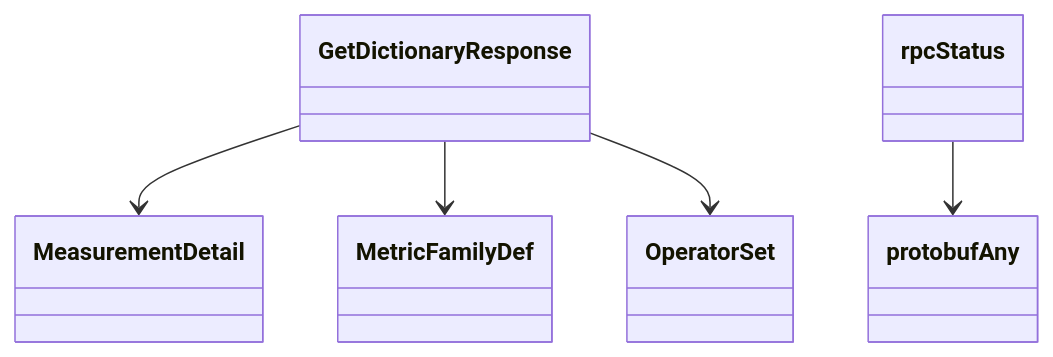
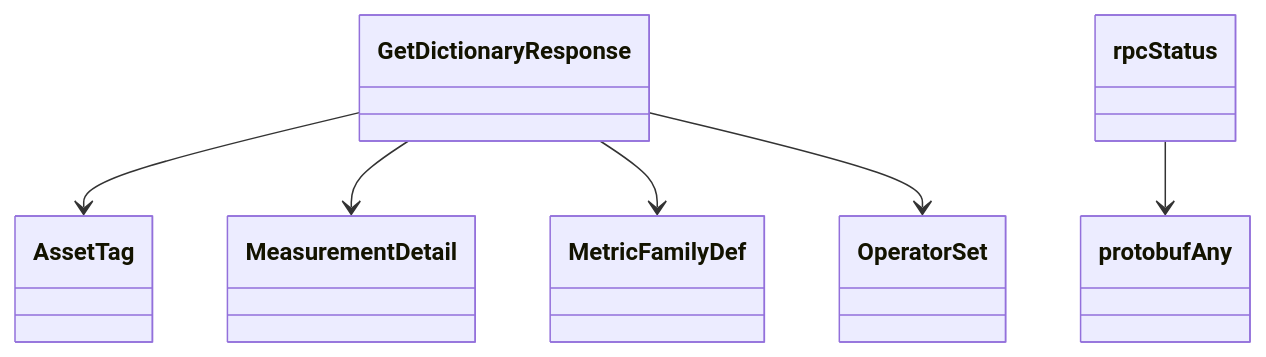
The fourth of 4 diagrams in docs/sphinx/services/dictionary.md (alexdearaujo/community_sdk_python), drawn with Mermaid before and after one commit. The commit also changed other lines of this file and 56 other files, not shown here.

Commit message:
chore: sync schema, credential API v20261020alpha1

````diff
--- a/docs/sphinx/services/dictionary.md
+++ b/docs/sphinx/services/dictionary.md
@@ -101,13 +101,15 @@
 ```mermaid
 classDiagram
+    class AssetTag
     class GetDictionaryResponse
     class MeasurementDetail
     class MetricFamilyDef
     class OperatorSet
     class protobufAny
     class rpcStatus
+    GetDictionaryResponse --> AssetTag
     GetDictionaryResponse --> MeasurementDetail
     GetDictionaryResponse --> MetricFamilyDef
     GetDictionaryResponse --> OperatorSet
     rpcStatus --> protobufAny
 ```
````
